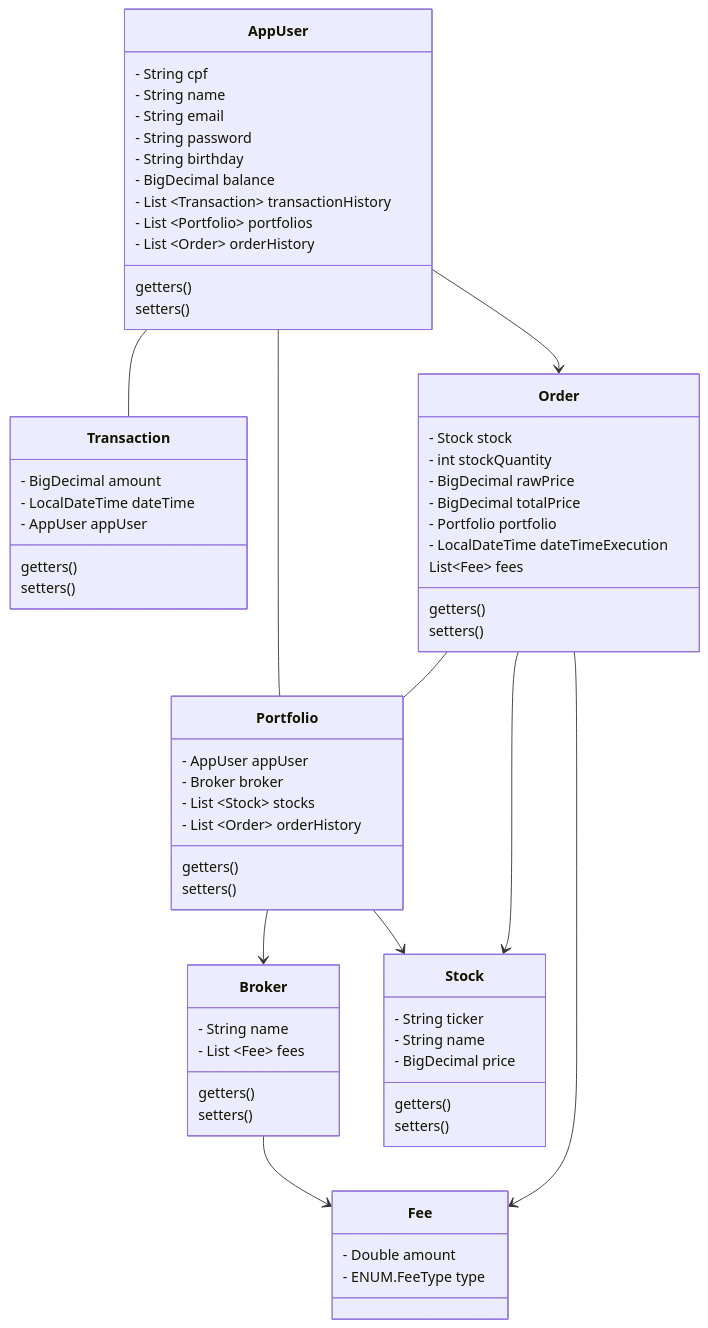
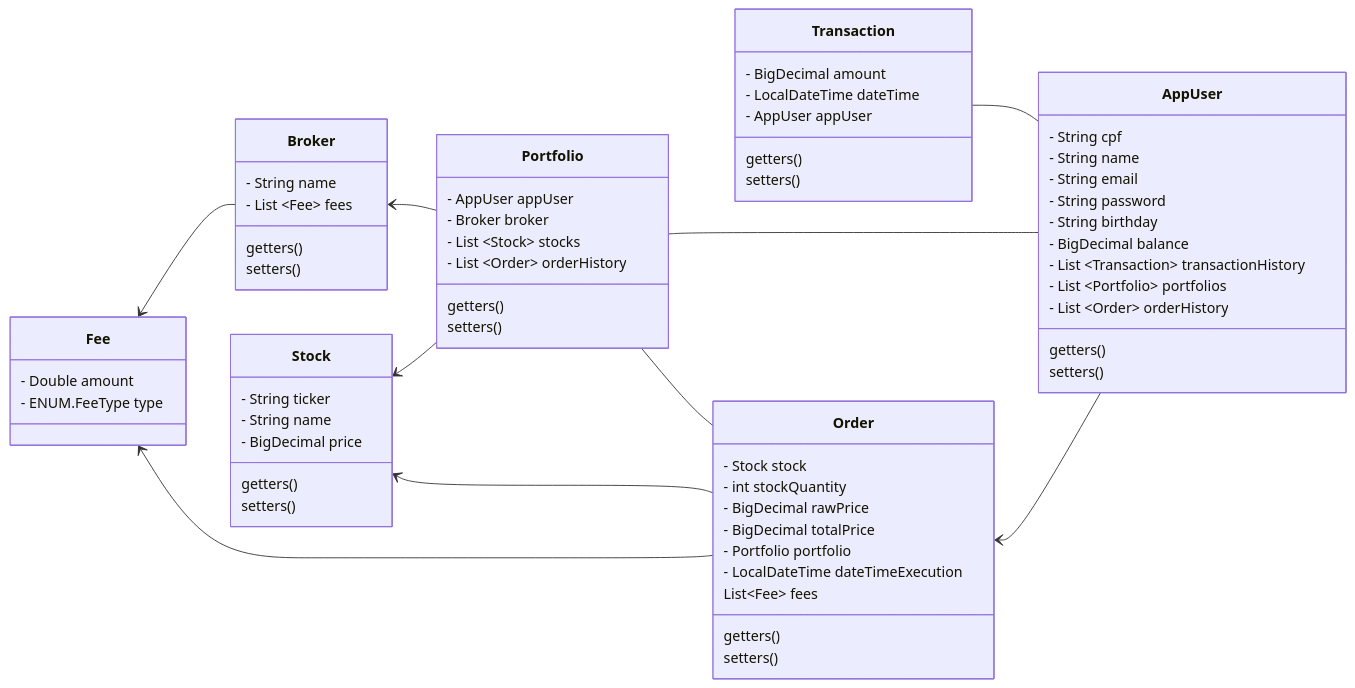
Before and after one commit to leialemon/projeto-web-b3: the first of 3 diagrams in README.md, drawn with Mermaid. The commit also changed other lines of this file, not shown here.

````diff
--- a/README.md
+++ b/README.md
@@ -11,78 +11,79 @@
 ```mermaid
 classDiagram
+direction RL
 class AppUser {
     - String cpf 
     - String name
     - String email
     - String password
     - String birthday
     - BigDecimal balance
     - List ~Transaction~ transactionHistory
     - List ~Portfolio~ portfolios
     - List ~Order~ orderHistory
     getters()
     setters()
 }
 
 class Order{
     - Stock stock
     - int stockQuantity
     - BigDecimal rawPrice
     - BigDecimal totalPrice
     - Portfolio portfolio
     - LocalDateTime dateTimeExecution
     List~Fee~ fees
     getters()
     setters()
 }
 
 class Stock{
     - String ticker
     - String name
     - BigDecimal price
     getters()
     setters()
 }
 
 class Broker{
     - String name
     - List ~Fee~ fees
     getters()
     setters()
 }
 
 class Portfolio{
     - AppUser appUser
     - Broker broker
     - List ~Stock~ stocks
     - List ~Order~ orderHistory
     getters()
     setters()
 }
 
 class Transaction{
     - BigDecimal amount
     - LocalDateTime dateTime
     - AppUser appUser
     getters()
     setters()
 }
 
 class Fee{
    - Double amount
    - ENUM.FeeType type
 }
 
 AppUser -- Transaction
 AppUser -- Portfolio
 AppUser --> Order
 
 Order -- Portfolio
 Order --> Stock
 Order --> Fee
 
 Portfolio --> Broker
 Portfolio --> Stock
 
 Broker --> Fee
 ```
````
